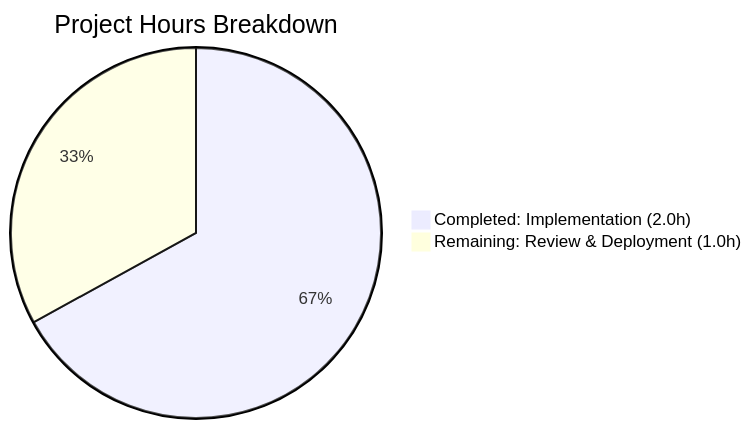
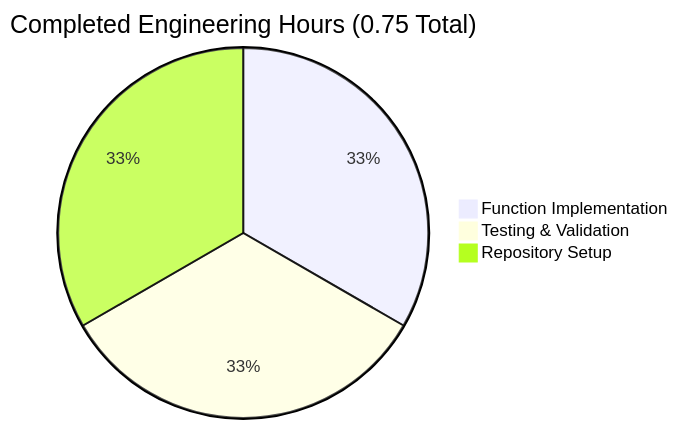
The first of 3 diagrams in blitzy/documentation/Project Guide.md (prasad-blitzy/quick-repo-4), drawn with Mermaid before and after one commit. The commit also changed other lines of this file, not shown here.

Commit message:
Adding Blitzy Project Guide: Project Status and Human Tasks Remaining

````diff
--- a/blitzy/documentation/Project Guide.md
+++ b/blitzy/documentation/Project Guide.md
@@ -230,5 +109,6 @@
 ```mermaid
-pie title Project Hours Breakdown
-    "Completed: Implementation (2.0h)" : 67
-    "Remaining: Review & Deployment (1.0h)" : 33
+pie title Completed Engineering Hours (0.75 Total)
+    "Function Implementation" : 0.25
+    "Testing & Validation" : 0.25
+    "Repository Setup" : 0.25
 ```
````
